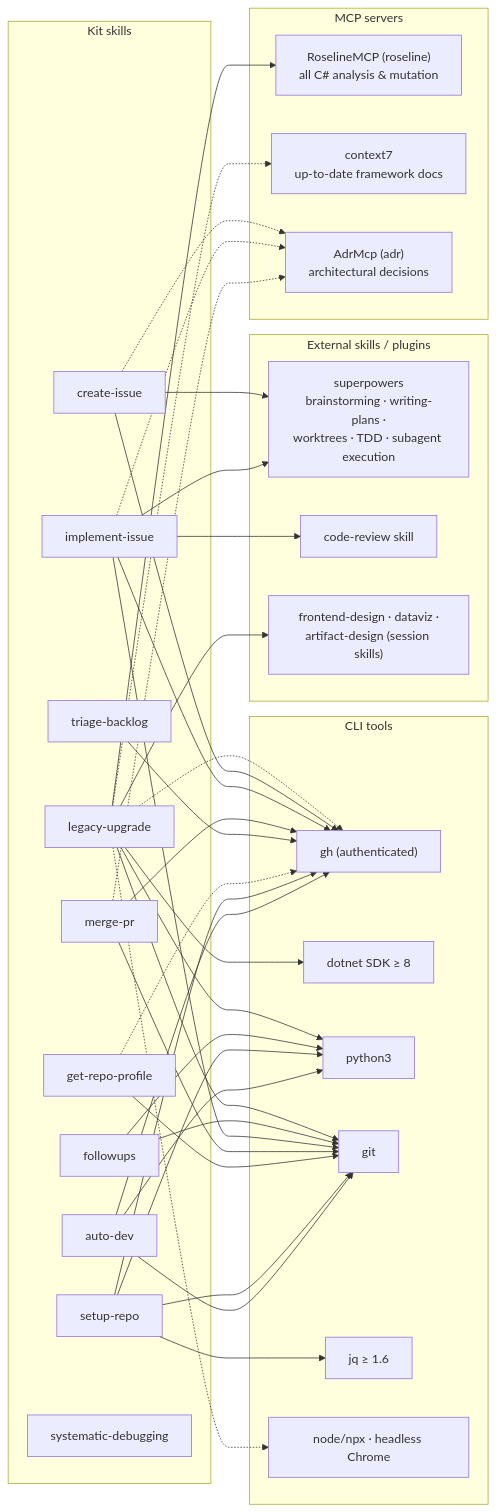
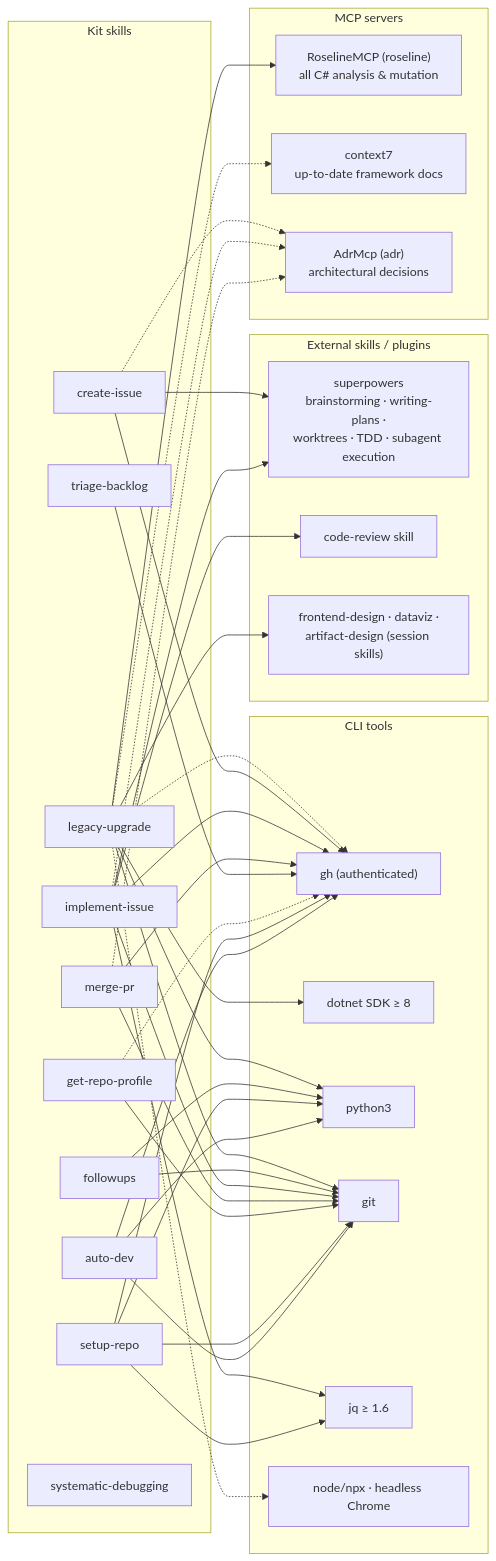
The second of 2 diagrams in ARCHITECTURE.md (phmatray/ai-migration-kit), drawn with Mermaid before and after one commit. The commit also changed other lines of this file, not shown here.

````diff
--- a/ARCHITECTURE.md
+++ b/ARCHITECTURE.md
@@ -89,76 +90,77 @@
 ```mermaid
 graph LR
     subgraph skills ["Kit skills"]
         LU[legacy-upgrade]
         FU[followups]
         AD[auto-dev]
         CI[create-issue]
         II[implement-issue]
         MP[merge-pr]
         TB[triage-backlog]
         RP[get-repo-profile]
         SR[setup-repo]
         SD[systematic-debugging]
     end
 
     subgraph mcp ["MCP servers"]
         ROS["RoselineMCP (roseline)<br>all C# analysis & mutation"]
         C7["context7<br>up-to-date framework docs"]
         ADR["AdrMcp (adr)<br>architectural decisions"]
     end
 
     subgraph ext ["External skills / plugins"]
         SP["superpowers<br>brainstorming · writing-plans ·<br>worktrees · TDD · subagent execution"]
         CR["code-review skill"]
         FD["frontend-design · dataviz ·<br>artifact-design (session skills)"]
     end
 
     subgraph tools ["CLI tools"]
         GH["gh (authenticated)"]
         DN["dotnet SDK ≥ 8"]
         PY["python3"]
         GIT["git"]
         JQ["jq ≥ 1.6"]
         NODE["node/npx · headless Chrome"]
     end
 
     LU --> ROS
     LU --> DN
     LU --> GIT
     LU --> PY
     LU -.-> C7
     LU -.-> GH
     LU -.-> NODE
     LU --> FD
 
     FU --> PY
     FU --> GIT
 
     CI --> GH
     CI --> SP
     CI -.-> ADR
 
     II --> GH
     II --> GIT
+    II --> JQ
     II --> SP
     II --> CR
     II -.-> ADR
 
     MP --> GH
     MP --> GIT
     MP -.-> ADR
 
     TB --> GH
 
     RP --> GIT
     RP -.-> GH
 
     SR --> GIT
     SR --> PY
     SR --> JQ
     SR --> GH
 
     AD --> GH
     AD --> GIT
     AD --> PY
 ```
````
